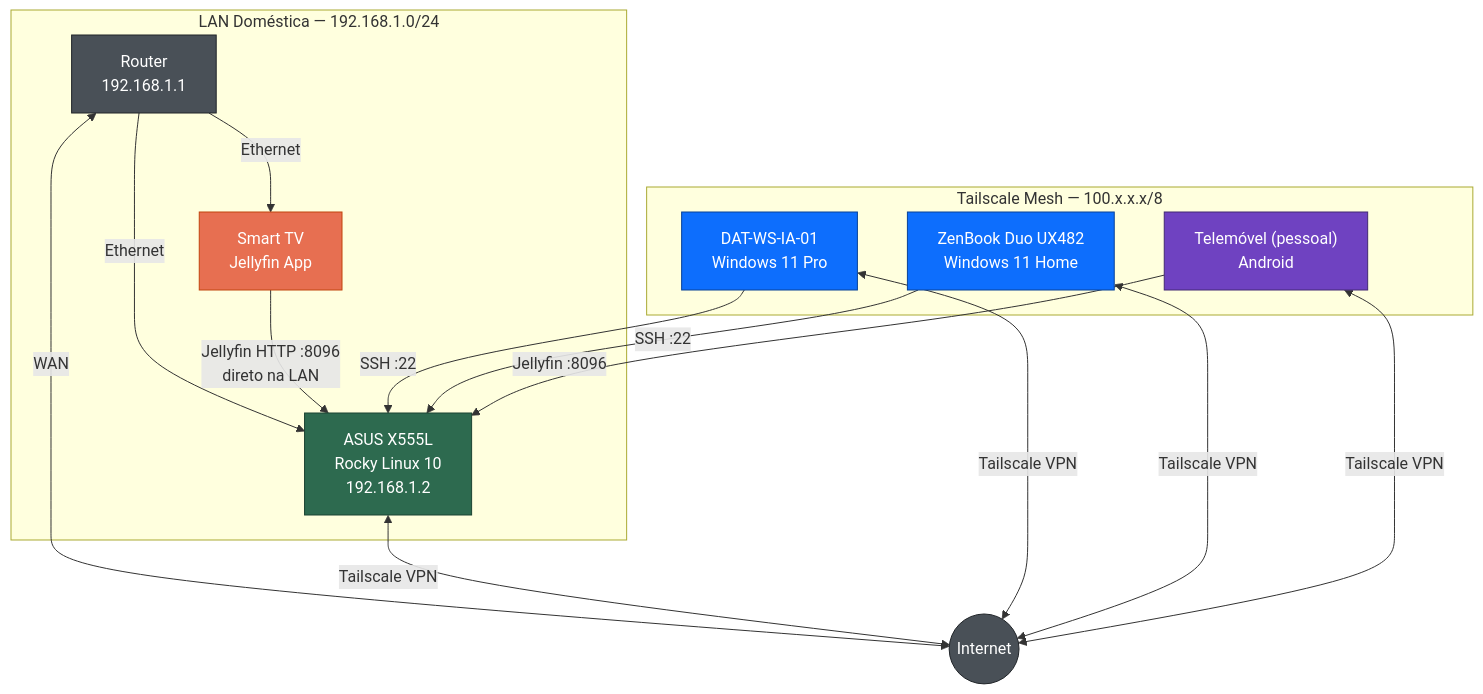
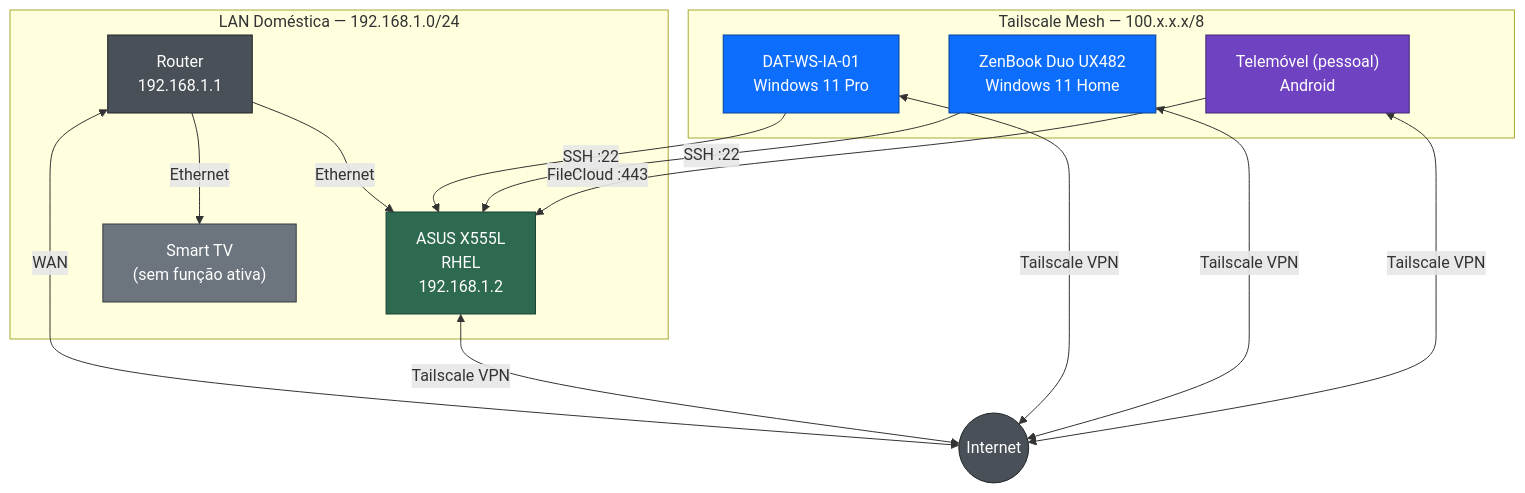
Before and after one commit to Kroatoan1979/001-26-home-server: the first of 3 diagrams in docs/diagrama-rede.md, drawn with Mermaid. The commit also changed other lines of this file and 28 other files, not shown here.

First line of the commit message:
docs: planear migração Rocky Linux -> RHEL e substituir Jellyfin/Navidrome por FileCloud

````diff
--- a/docs/diagrama-rede.md
+++ b/docs/diagrama-rede.md
@@ -9,43 +9,41 @@
 ```mermaid
 graph TB
     Internet(("Internet"))
 
     subgraph LAN["LAN Doméstica — 192.168.1.0/24"]
         Router["Router\n192.168.1.1"]
-        Server["ASUS X555L\nRocky Linux 10\n192.168.1.2"]
-        TV["Smart TV\nJellyfin App"]
+        Server["ASUS X555L\nRHEL\n192.168.1.2"]
+        TV["Smart TV\n(sem função ativa)"]
     end
 
     subgraph Tailnet["Tailscale Mesh — 100.x.x.x/8"]
         WS["DAT-WS-IA-01\nWindows 11 Pro"]
         ZB["ZenBook Duo UX482\nWindows 11 Home"]
         TM1["Telemóvel (pessoal)\nAndroid"]
     end
 
     Router <-->|WAN| Internet
     Router -->|Ethernet| Server
     Router -->|Ethernet| TV
 
-    TV -->|"Jellyfin HTTP :8096\ndireto na LAN"| Server
-
     Server <-->|"Tailscale VPN"| Internet
     WS <-->|"Tailscale VPN"| Internet
     ZB <-->|"Tailscale VPN"| Internet
     TM1 <-->|"Tailscale VPN"| Internet
 
     WS -->|"SSH :22"| Server
     ZB -->|"SSH :22"| Server
-    TM1 -->|"Jellyfin :8096"| Server
+    TM1 -->|"FileCloud :443"| Server
 
     classDef linux fill:#2d6a4f,color:#fff,stroke:#1b4332
     classDef windows fill:#0d6efd,color:#fff,stroke:#084298
     classDef mobile fill:#6f42c1,color:#fff,stroke:#432874
     classDef network fill:#495057,color:#fff,stroke:#212529
-    classDef tv fill:#e76f51,color:#fff,stroke:#c1440e
+    classDef tv fill:#6c757d,color:#fff,stroke:#343a40
 
     class Server linux
     class WS,ZB windows
     class TM1 mobile
     class Router,Internet network
     class TV tv
 ```
````
